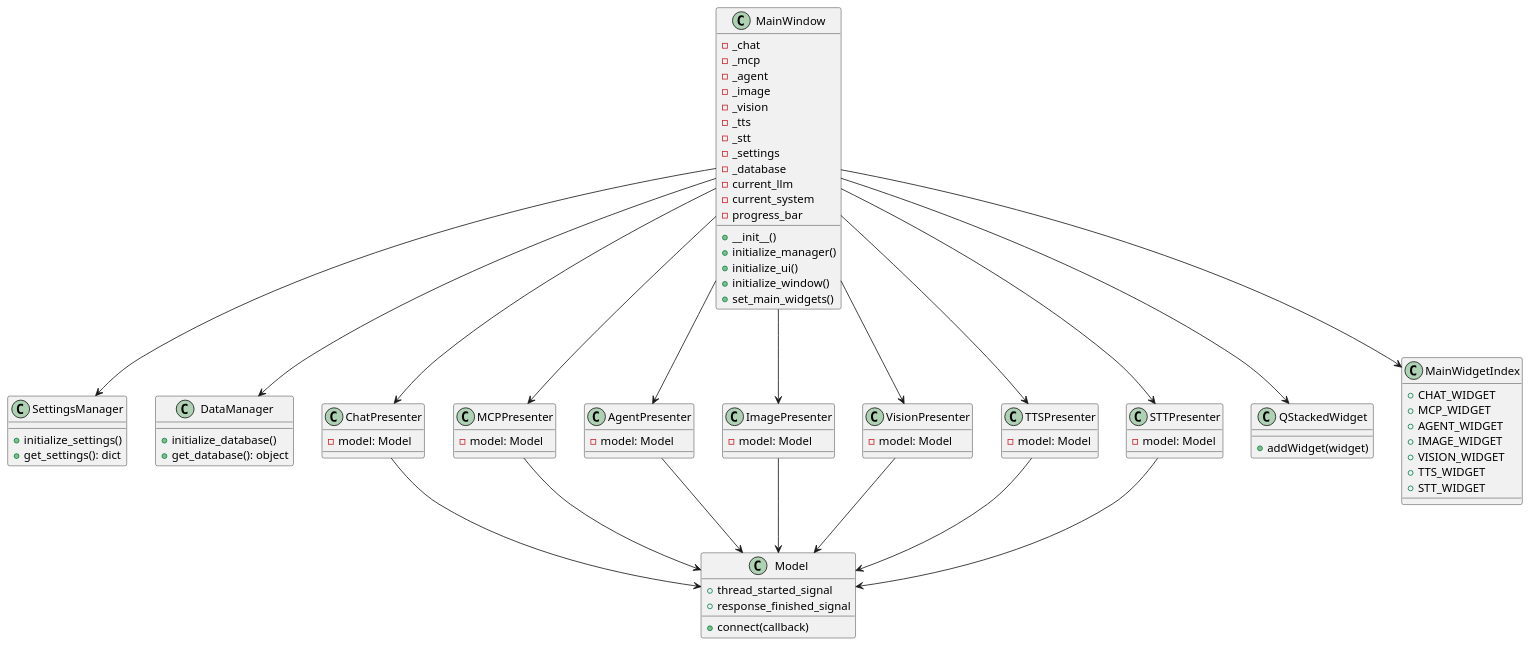
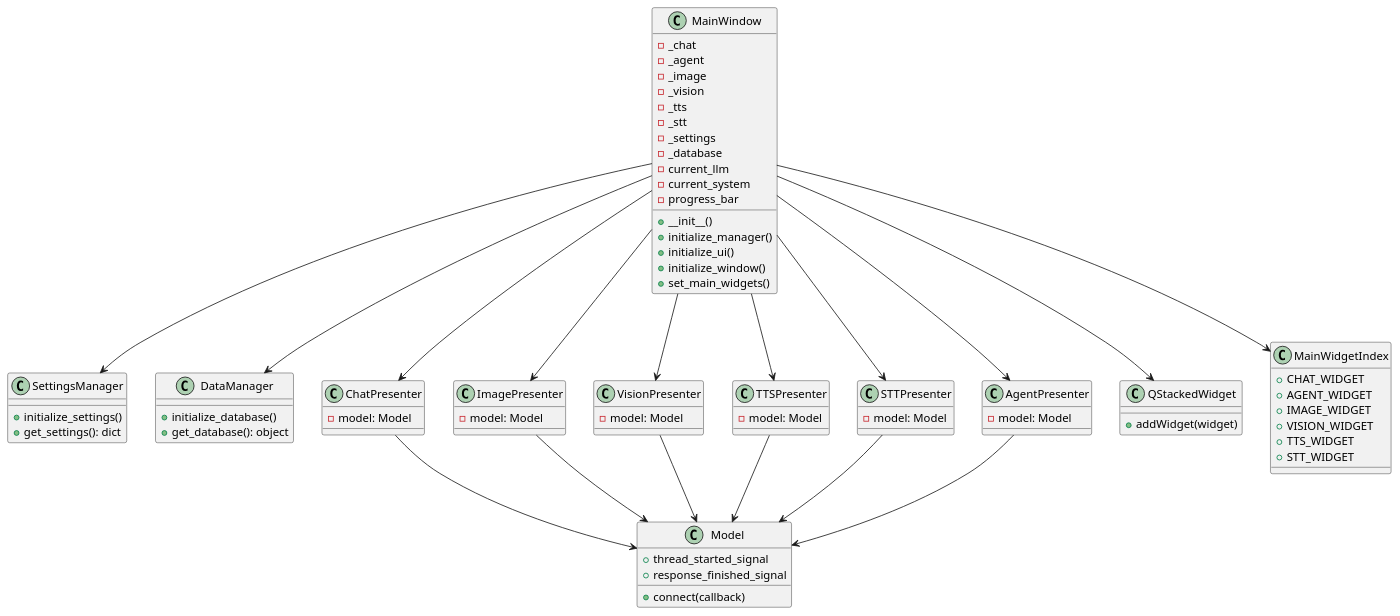
One commit to hyun-yang/MyChatGPT changed the diagram in uml/main_uml/main_class.puml. Above: the diagram before and after it, drawn with PlantUML. The commit also changed 6 other files, not shown here.

Commit message:
Added MCP checkbox Updated UML and README.md

```diff
--- a/uml/main_uml/main_class.puml
+++ b/uml/main_uml/main_class.puml
@@ -1,97 +1,89 @@
 @startuml
 class MainWindow {
     - _chat
-    - _mcp
     - _agent
     - _image
     - _vision
     - _tts
     - _stt
     - _settings
     - _database
     - current_llm
     - current_system
     - progress_bar
     + __init__()
     + initialize_manager()
     + initialize_ui()
     + initialize_window()
     + set_main_widgets()
 }
 
 class SettingsManager {
     + initialize_settings()
     + get_settings(): dict
 }
 
 class DataManager {
     + initialize_database()
     + get_database(): object
 }
 
 class ChatPresenter {
     - model: Model
 }
 
-class MCPPresenter {
-    - model: Model
-}
-
-class AgentPresenter {
-    - model: Model
-}
-
 class ImagePresenter {
     - model: Model
 }
 
 class VisionPresenter {
     - model: Model
 }
 
 class TTSPresenter {
     - model: Model
 }
 
 class STTPresenter {
     - model: Model
 }
 
+class AgentPresenter {
+    - model: Model
+}
+
 class QStackedWidget {
     + addWidget(widget)
 }
 class MainWidgetIndex {
     + CHAT_WIDGET
-    + MCP_WIDGET
     + AGENT_WIDGET
     + IMAGE_WIDGET
     + VISION_WIDGET
     + TTS_WIDGET
     + STT_WIDGET
 }
 
 class Model {
     + thread_started_signal
     + response_finished_signal
     + connect(callback)
 }
 
 MainWindow --> ChatPresenter
-MainWindow --> MCPPresenter
-MainWindow --> AgentPresenter
 MainWindow --> ImagePresenter
 MainWindow --> VisionPresenter
 MainWindow --> TTSPresenter
 MainWindow --> STTPresenter
+MainWindow --> AgentPresenter
 MainWindow --> SettingsManager
 MainWindow --> DataManager
 MainWindow --> QStackedWidget
 MainWindow --> MainWidgetIndex
 ChatPresenter --> Model
-MCPPresenter --> Model
 AgentPresenter --> Model
 ImagePresenter --> Model
 VisionPresenter --> Model
 TTSPresenter --> Model
 STTPresenter --> Model
 @enduml
```
